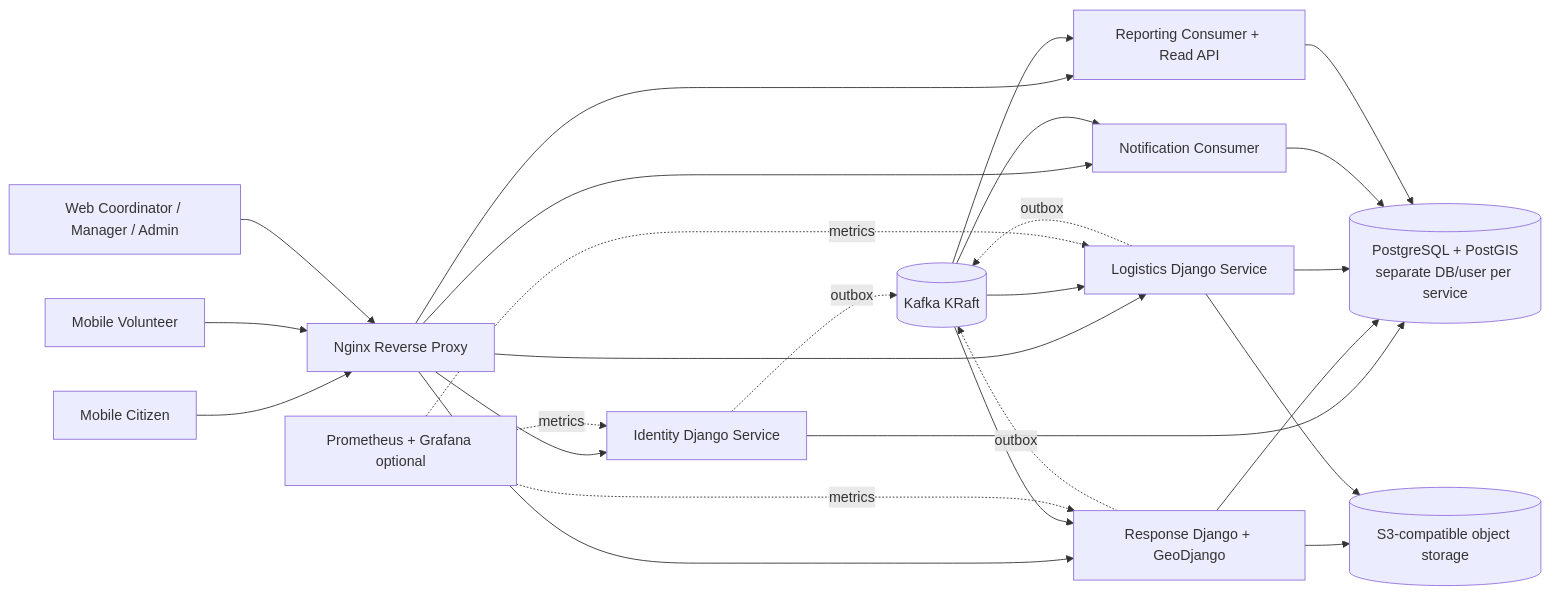
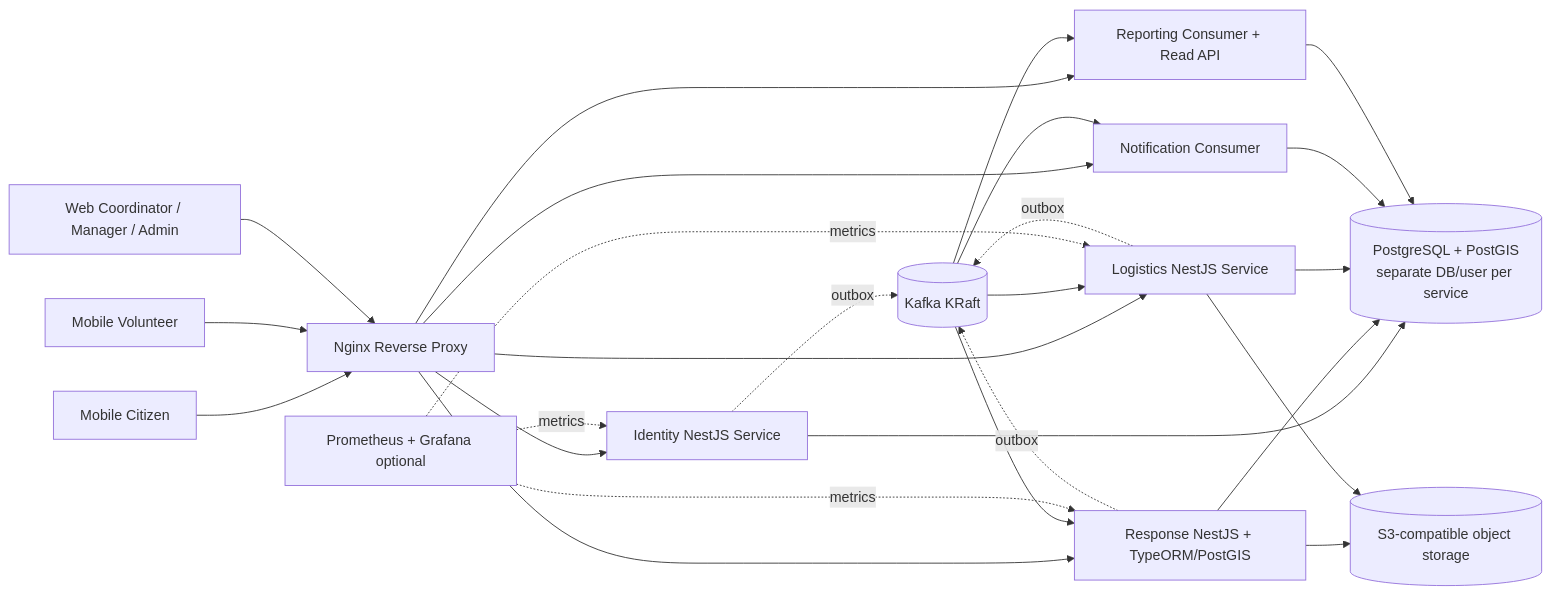
One commit to sangvirgo/disaster-relief-management changed the first of 5 diagrams in docs/c48-technology-and-delivery-plan.md. Above: the diagram before and after it, drawn with Mermaid. The commit also changed other lines of this file and 2 other files, not shown here.

Commit message:
docs: consolidate NestJS backend plan and correct workflow rules

````diff
--- a/docs/c48-technology-and-delivery-plan.md
+++ b/docs/c48-technology-and-delivery-plan.md
@@ -148,42 +148,42 @@
 ```mermaid
 flowchart LR
   Citizen[Mobile Citizen]
   Volunteer[Mobile Volunteer]
   Staff[Web Coordinator / Manager / Admin]
   Nginx[Nginx Reverse Proxy]
-  Identity[Identity Django Service]
-  Response[Response Django + GeoDjango]
-  Logistics[Logistics Django Service]
+  Identity[Identity NestJS Service]
+  Response[Response NestJS + TypeORM/PostGIS]
+  Logistics[Logistics NestJS Service]
   Notification[Notification Consumer]
   Reporting[Reporting Consumer + Read API]
   PG[(PostgreSQL + PostGIS<br/>separate DB/user per service)]
   Kafka[(Kafka KRaft)]
   S3[(S3-compatible object storage)]
   Obs[Prometheus + Grafana optional]
 
   Citizen --> Nginx
   Volunteer --> Nginx
   Staff --> Nginx
   Nginx --> Identity
   Nginx --> Response
   Nginx --> Logistics
   Nginx --> Notification
   Nginx --> Reporting
   Identity --> PG
   Response --> PG
   Logistics --> PG
   Notification --> PG
   Reporting --> PG
   Response --> S3
   Logistics --> S3
   Identity -. outbox .-> Kafka
   Response -. outbox .-> Kafka
   Logistics -. outbox .-> Kafka
   Kafka --> Notification
   Kafka --> Reporting
   Kafka --> Response
   Kafka --> Logistics
   Obs -. metrics .-> Identity
   Obs -. metrics .-> Response
   Obs -. metrics .-> Logistics
 ```
````
